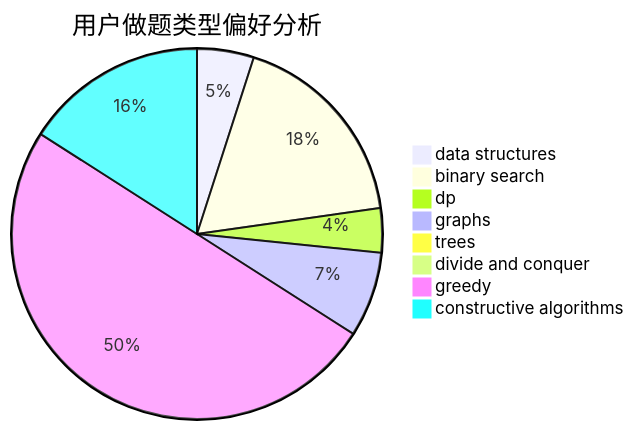
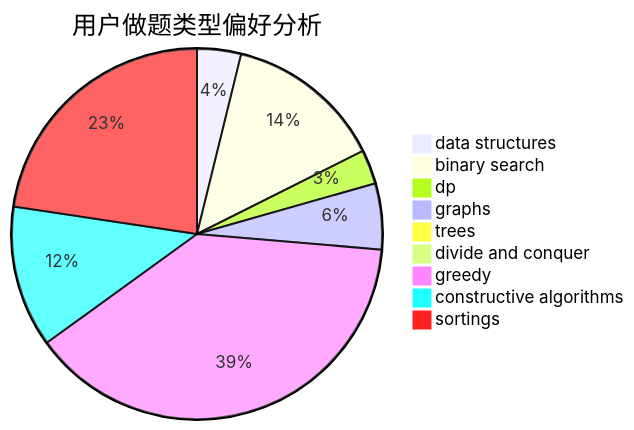
Before and after one commit to sherpahu/cfrs.github.io: the second of 3 diagrams in docs/user/u3.md, drawn with Mermaid. The commit also changed other lines of this file and 2769 other files, not shown here.

````diff
--- a/docs/user/u3.md
+++ b/docs/user/u3.md
@@ -23,11 +18,12 @@
 ```mermaid
 pie title 用户做题类型偏好分析
     "data structures" :  32
     "binary search" :  115
     "dp" :  25
     "graphs" :  48
     "trees" :  1
     "divide and conquer" :  0
     "greedy" :  323
     "constructive algorithms" :  103
+    "sortings" :  189
 ```
````
